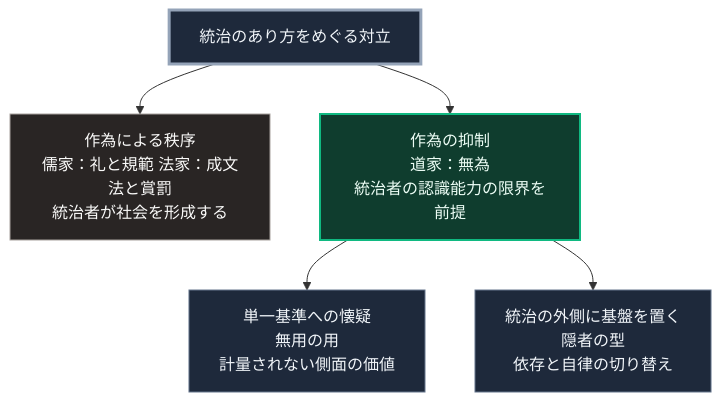
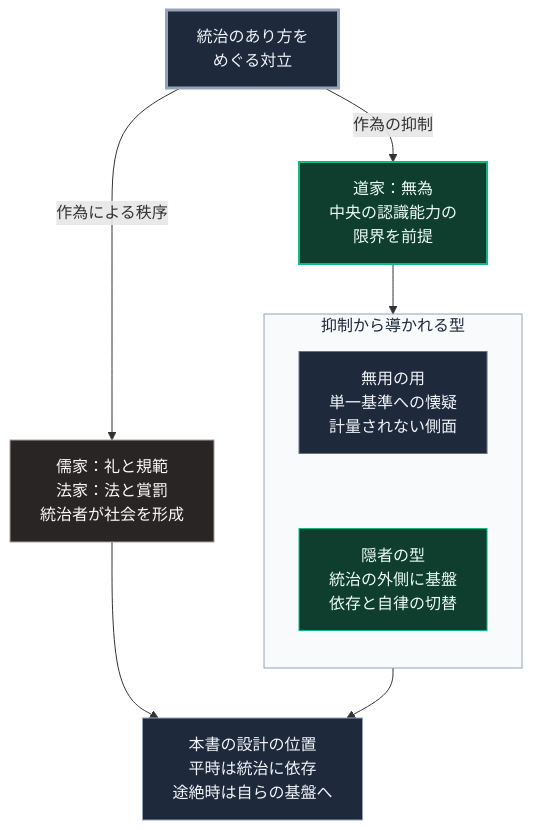
Before and after one commit to Takenori-Kusaka/zenn-content: the diagram in books/sovereign-resilience-blueprint/42_taoist-wu-wei-non-action.md, drawn with Mermaid. The commit also changed other lines of this file and 114 other files, not shown here.

````diff
--- a/books/sovereign-resilience-blueprint/42_taoist-wu-wei-non-action.md
+++ b/books/sovereign-resilience-blueprint/42_taoist-wu-wei-non-action.md
@@ -45,14 +45,21 @@
 ```mermaid
 flowchart TD
-    Q[統治のあり方をめぐる対立]
-    Q --> A[作為による秩序<br>儒家：礼と規範 法家：成文法と賞罰<br>統治者が社会を形成する]
-    Q --> B[作為の抑制<br>道家：無為<br>統治者の認識能力の限界を前提]
-    B --> C[単一基準への懐疑<br>無用の用<br>計量されない側面の価値]
-    B --> D[統治の外側に基盤を置く<br>隠者の型<br>依存と自律の切り替え]
+    Q[統治のあり方を<br>めぐる対立]
+    Q -->|作為による秩序| A[儒家：礼と規範<br>法家：法と賞罰<br>統治者が社会を形成]
+    Q -->|作為の抑制| B[道家：無為<br>中央の認識能力の<br>限界を前提]
+    B --> G
+    subgraph G[抑制から導かれる型]
+        direction TB
+        C[無用の用<br>単一基準への懐疑<br>計量されない側面] ~~~ D[隠者の型<br>統治の外側に基盤<br>依存と自律の切替]
+    end
+    A --> E[本書の設計の位置<br>平時は統治に依存<br>途絶時は自らの基盤へ]
+    G --> E
 
     style Q fill:#1e293b,stroke:#94a3b8,stroke-width:3px,color:#f1f5f9
     style A fill:#292524,stroke:#a8a29e,color:#fafaf9
     style B fill:#0f3d2e,stroke:#10b981,stroke-width:2px,color:#ecfdf5
     style C fill:#1e293b,stroke:#64748b,color:#f1f5f9
-    style D fill:#1e293b,stroke:#64748b,color:#f1f5f9
+    style D fill:#0f3d2e,stroke:#10b981,color:#ecfdf5
+    style E fill:#1e293b,stroke:#94a3b8,color:#f1f5f9
+    style G fill:#f8fafc,stroke:#94a3b8,color:#1e293b
 ```
````
